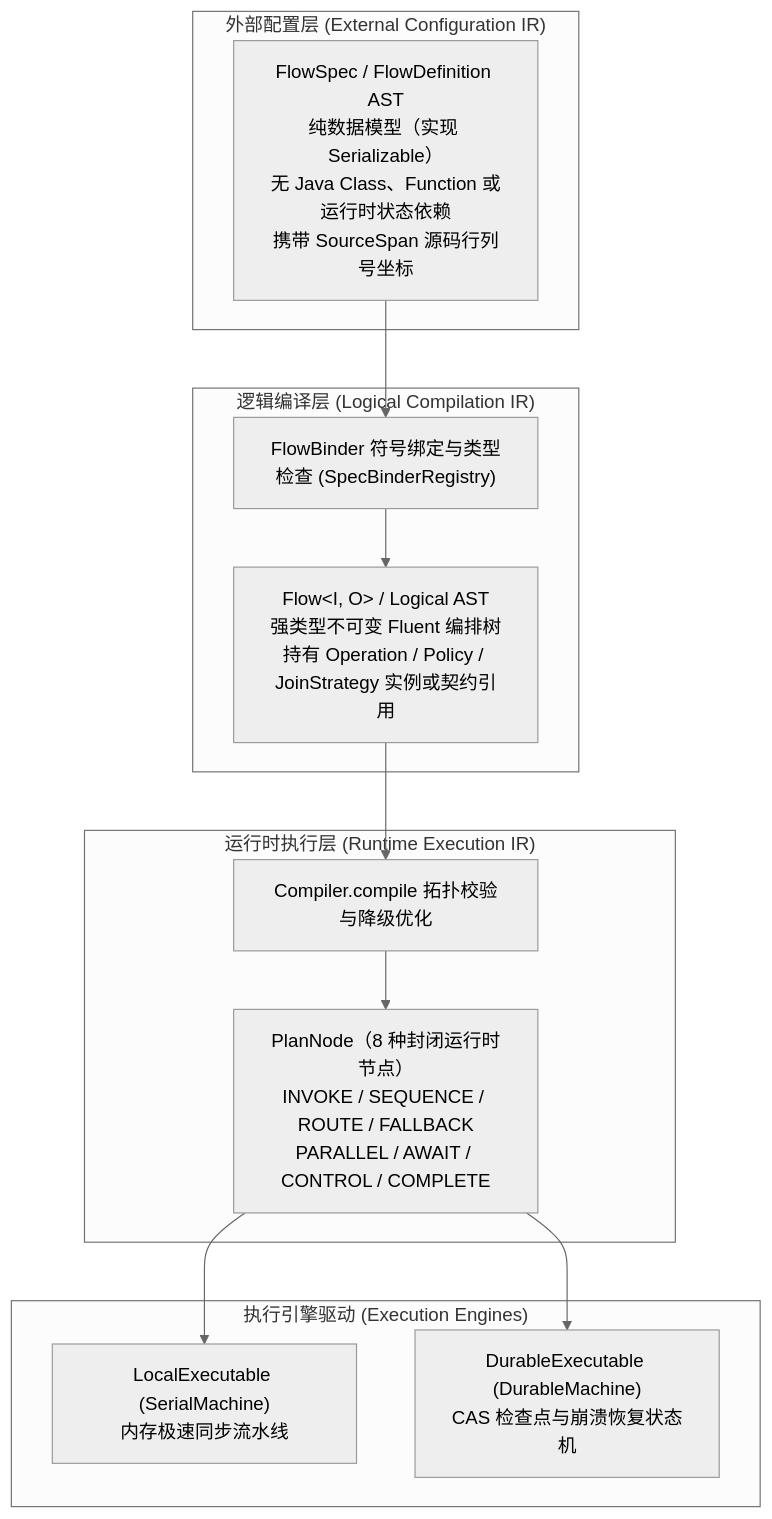
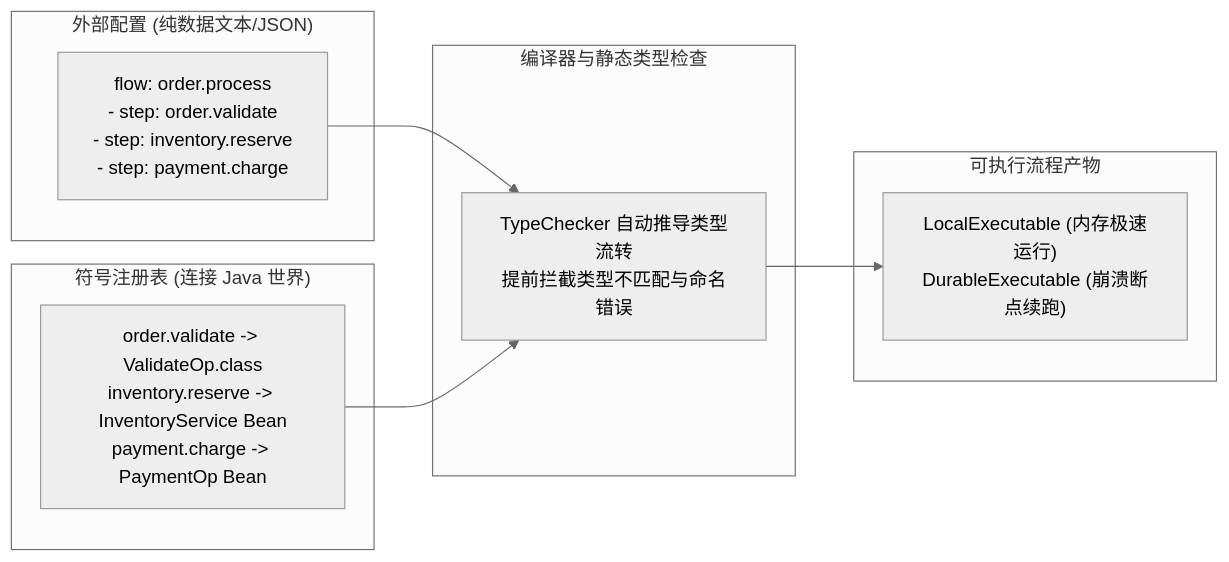
The first of 4 diagrams in docs/flow/flow-definition.md (team4u/team4u-framework), drawn with Mermaid (neutral theme) before and after one commit. The commit also changed other lines of this file, not shown here.

Commit message:
docs(flow-definition): rewrite documentation to be accessible, intuitive and practical

````diff
--- a/docs/flow/flow-definition.md
+++ b/docs/flow/flow-definition.md
@@ -22,23 +29,22 @@
 ```mermaid
-graph TD
-    subgraph "外部配置层 (External Configuration IR)"
-        FS["FlowSpec / FlowDefinition AST<br/>纯数据模型（实现 Serializable）<br/>无 Java Class、Function 或运行时状态依赖<br/>携带 SourceSpan 源码行列号坐标"]
+graph LR
+    subgraph "外部配置 (纯数据文本/JSON)"
+        CFG["flow: order.process<br/>- step: order.validate<br/>- step: inventory.reserve<br/>- step: payment.charge"]
     end
 
-    subgraph "逻辑编译层 (Logical Compilation IR)"
-        FB["FlowBinder 符号绑定与类型检查 (SpecBinderRegistry)"]
-        LOG["Flow&lt;I, O&gt; / Logical AST<br/>强类型不可变 Fluent 编排树<br/>持有 Operation / Policy / JoinStrategy 实例或契约引用"]
-        FS --> FB --> LOG
+    subgraph "符号注册表 (连接 Java 世界)"
+        REG["order.validate -> ValidateOp.class<br/>inventory.reserve -> InventoryService Bean<br/>payment.charge -> PaymentOp Bean"]
     end
 
-    subgraph "运行时执行层 (Runtime Execution IR)"
-        COMP["Compiler.compile 拓扑校验与降级优化"]
-        PLAN["PlanNode（8 种封闭运行时节点）<br/>INVOKE / SEQUENCE / ROUTE / FALLBACK<br/>PARALLEL / AWAIT / CONTROL / COMPLETE"]
-        LOG --> COMP --> PLAN
+    subgraph "编译器与静态类型检查"
+        CHECK["TypeChecker 自动推导类型流转<br/>提前拦截类型不匹配与命名错误"]
     end
 
-    subgraph "执行引擎驱动 (Execution Engines)"
-        PLAN --> LOC["LocalExecutable (SerialMachine)<br/>内存极速同步流水线"]
-        PLAN --> DUR["DurableExecutable (DurableMachine)<br/>CAS 检查点与崩溃恢复状态机"]
+    subgraph "可执行流程产物"
+        EXEC["LocalExecutable (内存极速运行)<br/>DurableExecutable (崩溃断点续跑)"]
     end
+
+    CFG --> CHECK
+    REG --> CHECK
+    CHECK --> EXEC
 ```
````
